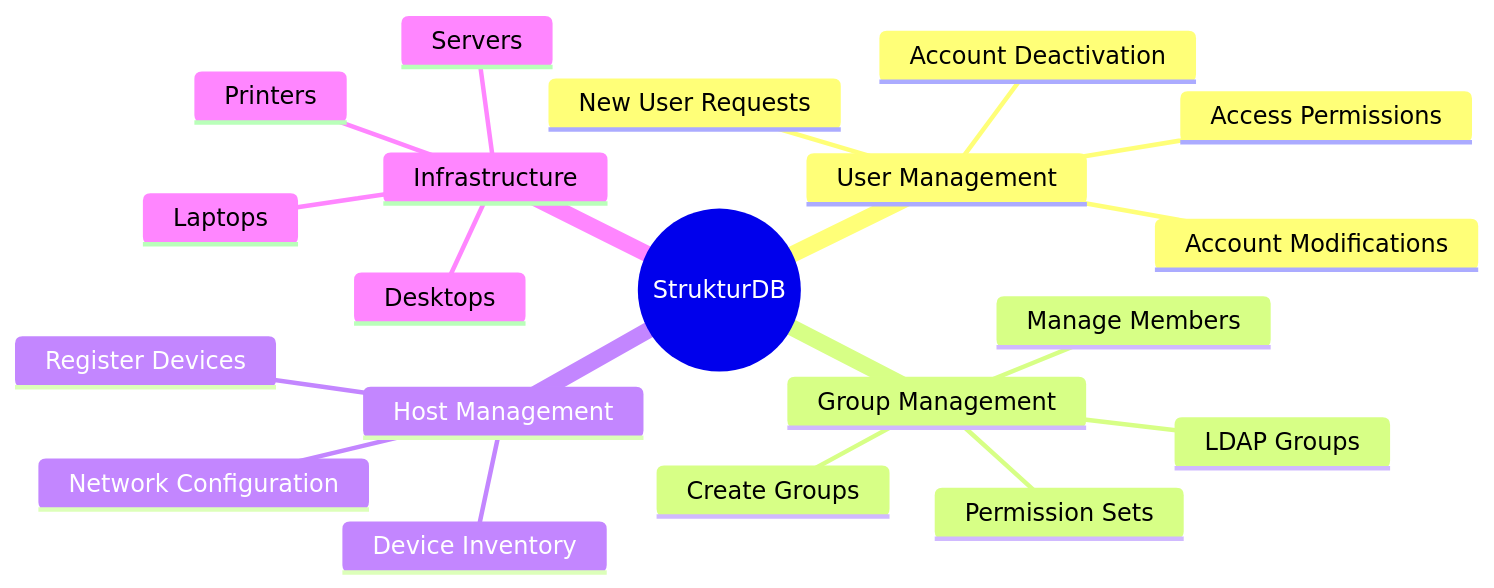
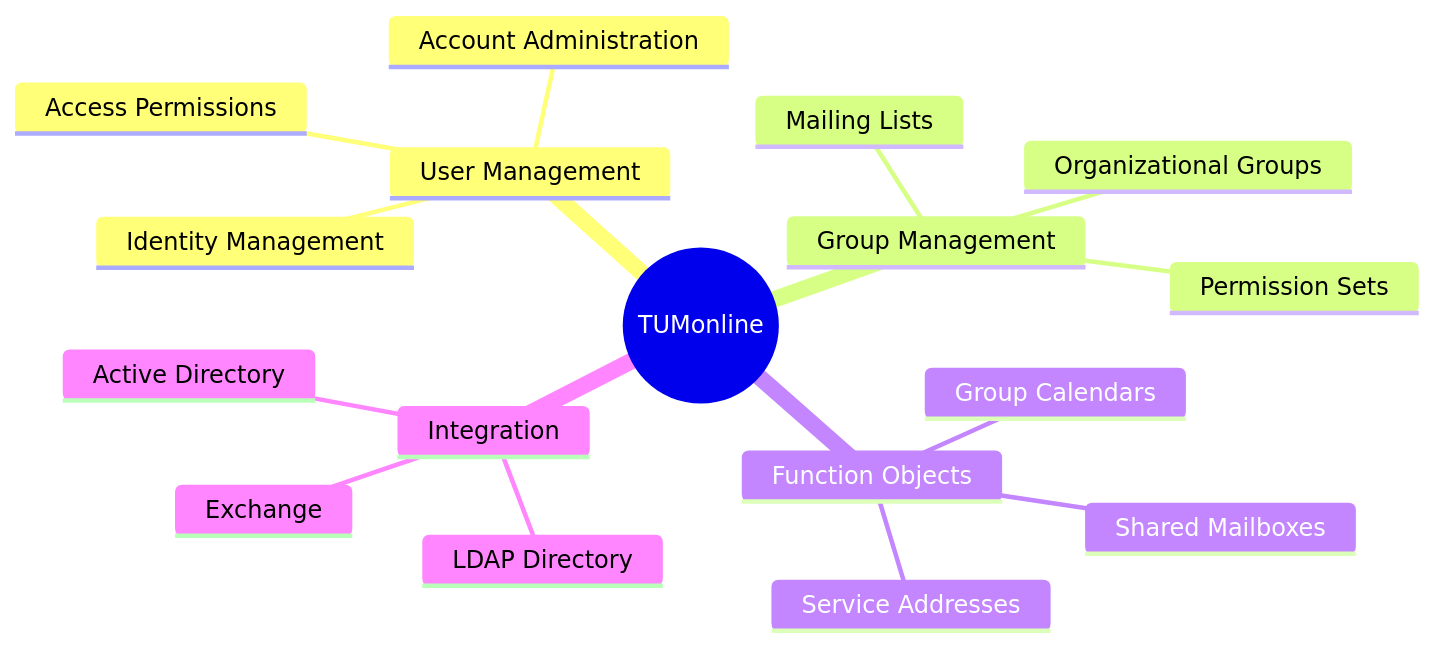
The first of 6 diagrams in en/chapters/03-user-management.qmd (jtimo/tum-ito-admin-guide), drawn with Mermaid before and after one commit. The commit also changed other lines of this file and 21 other files, not shown here.

````diff
--- a/en/chapters/03-user-management.qmd
+++ b/en/chapters/03-user-management.qmd
@@ -17,24 +17,21 @@
 ```{mermaid}
-%%| fig-cap: "StrukturDB Core Functions"
+%%| fig-cap: "TUMonline Core Functions for IT Admins"
 mindmap
-    root((StrukturDB))
+    root((TUMonline))
         User Management
-            New User Requests
-            Account Modifications
+            Account Administration
             Access Permissions
-            Account Deactivation
+            Identity Management
         Group Management
-            Create Groups
-            Manage Members
-            LDAP Groups
+            Organizational Groups
+            Mailing Lists
             Permission Sets
-        Host Management
-            Register Devices
-            Network Configuration
-            Device Inventory
-        Infrastructure
-            Laptops
-            Desktops
-            Printers
-            Servers
+        Function Objects
+            Shared Mailboxes
+            Group Calendars
+            Service Addresses
+        Integration
+            LDAP Directory
+            Active Directory
+            Exchange
 ```
````
